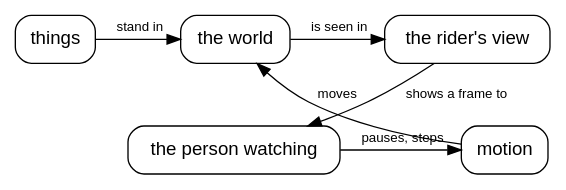
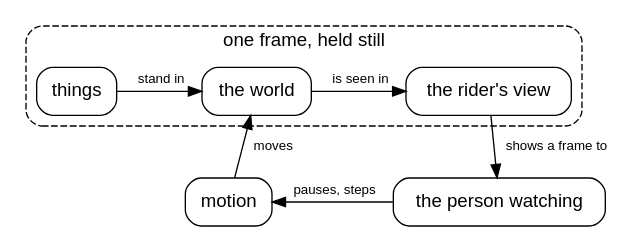
One commit to showell/roc-apps changed the first of 30 diagrams in canvas_apps/safari/tutorial/tutorial.md. Above: the diagram before and after it, drawn with Graphviz.

Commit message:
Safari book: the five pieces' diagram with no crossing edges

````diff
--- a/canvas_apps/safari/tutorial/tutorial.md
+++ b/canvas_apps/safari/tutorial/tutorial.md
@@ -25,22 +25,22 @@
 ```dot
 digraph pieces {
   rankdir=TB;
   node [shape=box, style=rounded, fontname="Helvetica"];
   edge [fontname="Helvetica", fontsize=10];
   subgraph cluster_frame {
     label="one frame, held still"; style="rounded,dashed"; fontname="Helvetica";
     things [label="things"];
     world [label="the world"];
     view [label="the rider's view"];
+    { rank=same; things; world; view; }
   }
   motion [label="motion"];
   person [label="the person watching"];
-  { rank=same; things; world; view; }
   { rank=same; motion; person; }
   things -> world [label="  stand in"];
   world -> view [label="  is seen in"];
-  motion -> world [label="  moves"];
+  world -> motion [dir=back, label="  moves"];
   view -> person [label="  shows a frame to"];
-  person -> motion [label="  pauses, steps"];
+  motion -> person [dir=back, label="  pauses, steps"];
 }
 ```
````
